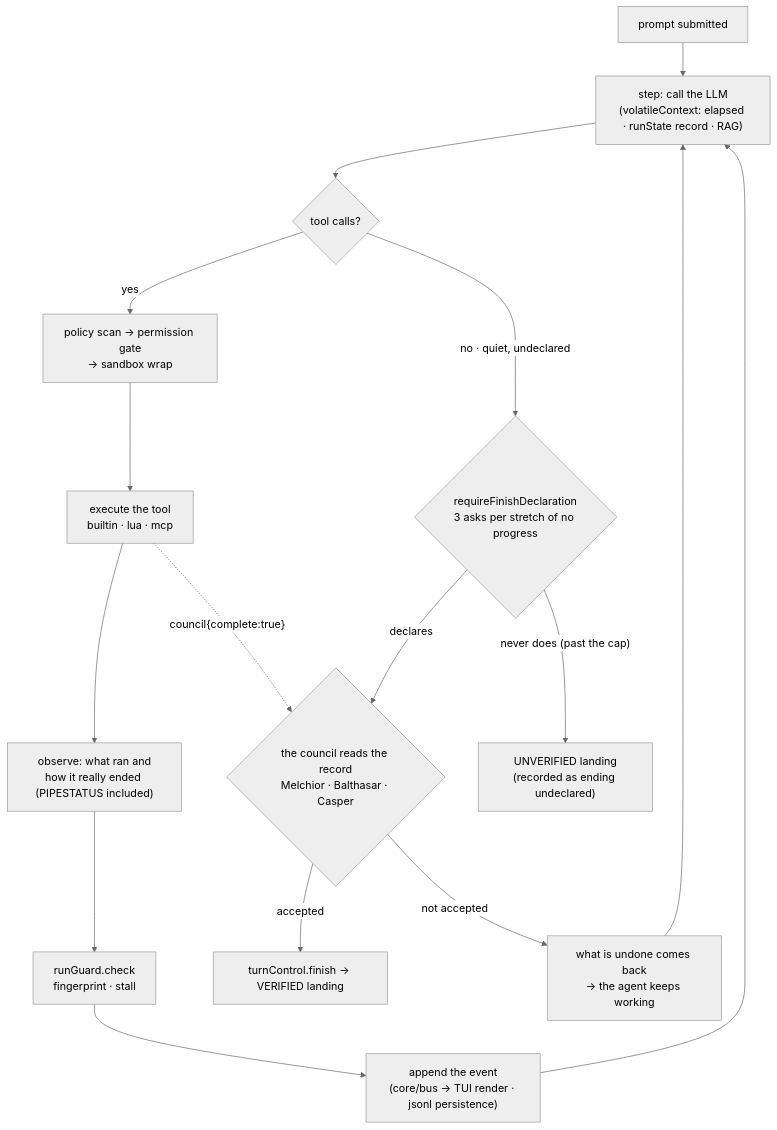
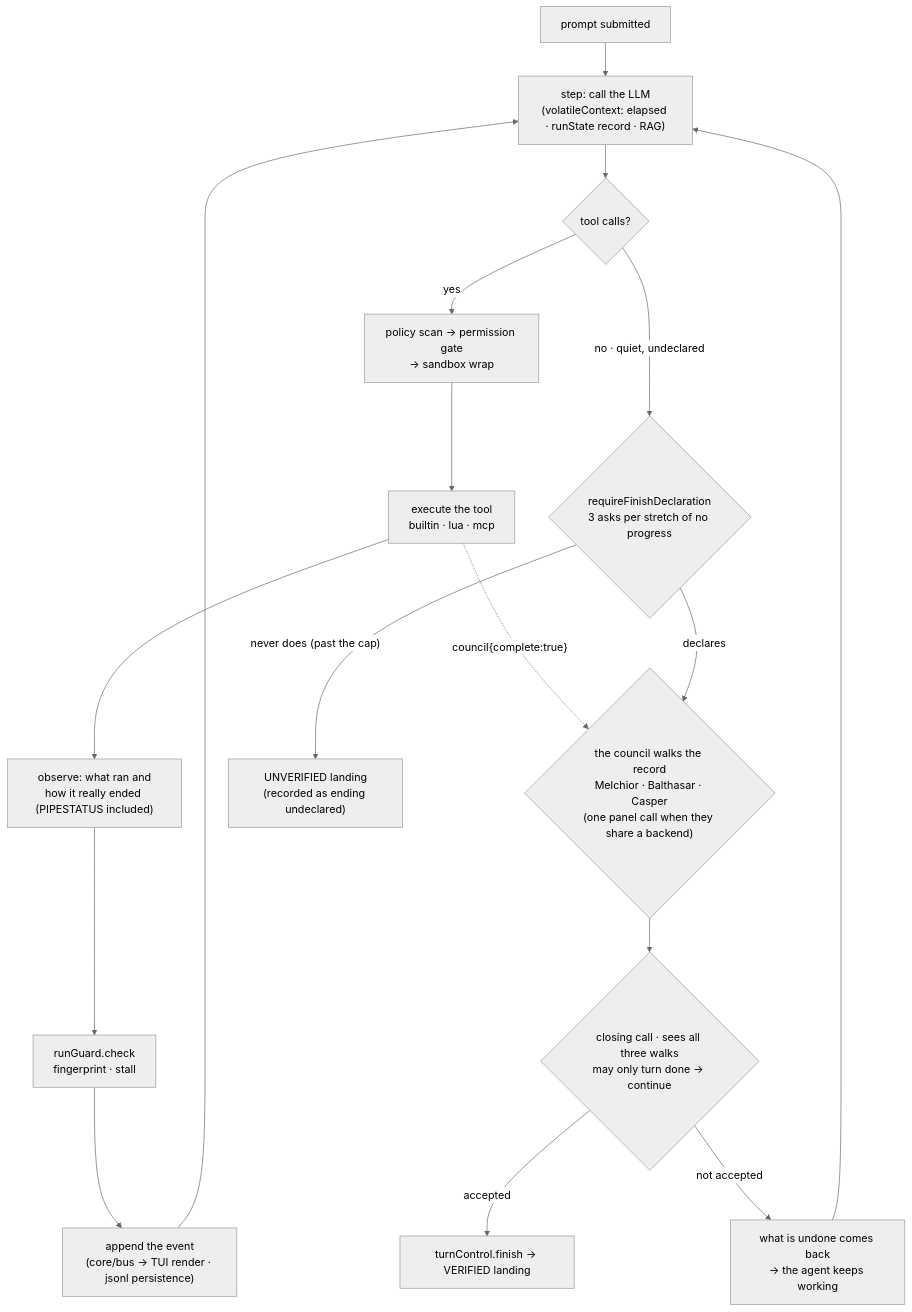
The third of 18 diagrams in docs/DIAGRAMS.md (sayaya1090/magi), drawn with Mermaid before and after one commit. The commit also changed other lines of this file and 11 other files, not shown here.

First line of the commit message:
docs: the route, the walk, and the closing call

````diff
--- a/docs/DIAGRAMS.md
+++ b/docs/DIAGRAMS.md
@@ -127,19 +127,20 @@
 ```mermaid
 %%{init: {'theme':'neutral','flowchart':{'curve':'basis'}}}%%
 flowchart TD
   P["prompt submitted"] --> S["step: call the LLM<br/>(volatileContext: elapsed · runState record · RAG)"]
   S --> T{"tool calls?"}
   T -- "yes" --> POL["policy scan → permission gate<br/>→ sandbox wrap"]
   POL --> EX["execute the tool<br/>builtin · lua · mcp"]
   EX --> OB["observe: what ran and<br/>how it really ended (PIPESTATUS included)"]
   OB --> G["runGuard.check<br/>fingerprint · stall"]
   G --> EV["append the event<br/>(core/bus → TUI render · jsonl persistence)"]
   EV --> S
-  EX -. "council{complete:true}" .-> CG{"the council reads the record<br/>Melchior · Balthasar · Casper"}
-  CG -- "accepted" --> FIN["turnControl.finish → VERIFIED landing"]
-  CG -- "not accepted" --> FB["what is undone comes back<br/>→ the agent keeps working"]
+  EX -. "council{complete:true}" .-> CG{"the council walks the record<br/>Melchior · Balthasar · Casper<br/>(one panel call when they share a backend)"}
+  CG --> CL{"closing call · sees all three walks<br/>may only turn done → continue"}
+  CL -- "accepted" --> FIN["turnControl.finish → VERIFIED landing"]
+  CL -- "not accepted" --> FB["what is undone comes back<br/>→ the agent keeps working"]
   FB --> S
   T -- "no · quiet, undeclared" --> RQ{"requireFinishDeclaration<br/>3 asks per stretch of no progress"}
   RQ -- "declares" --> CG
   RQ -- "never does (past the cap)" --> U["UNVERIFIED landing<br/>(recorded as ending undeclared)"]
 ```
````
